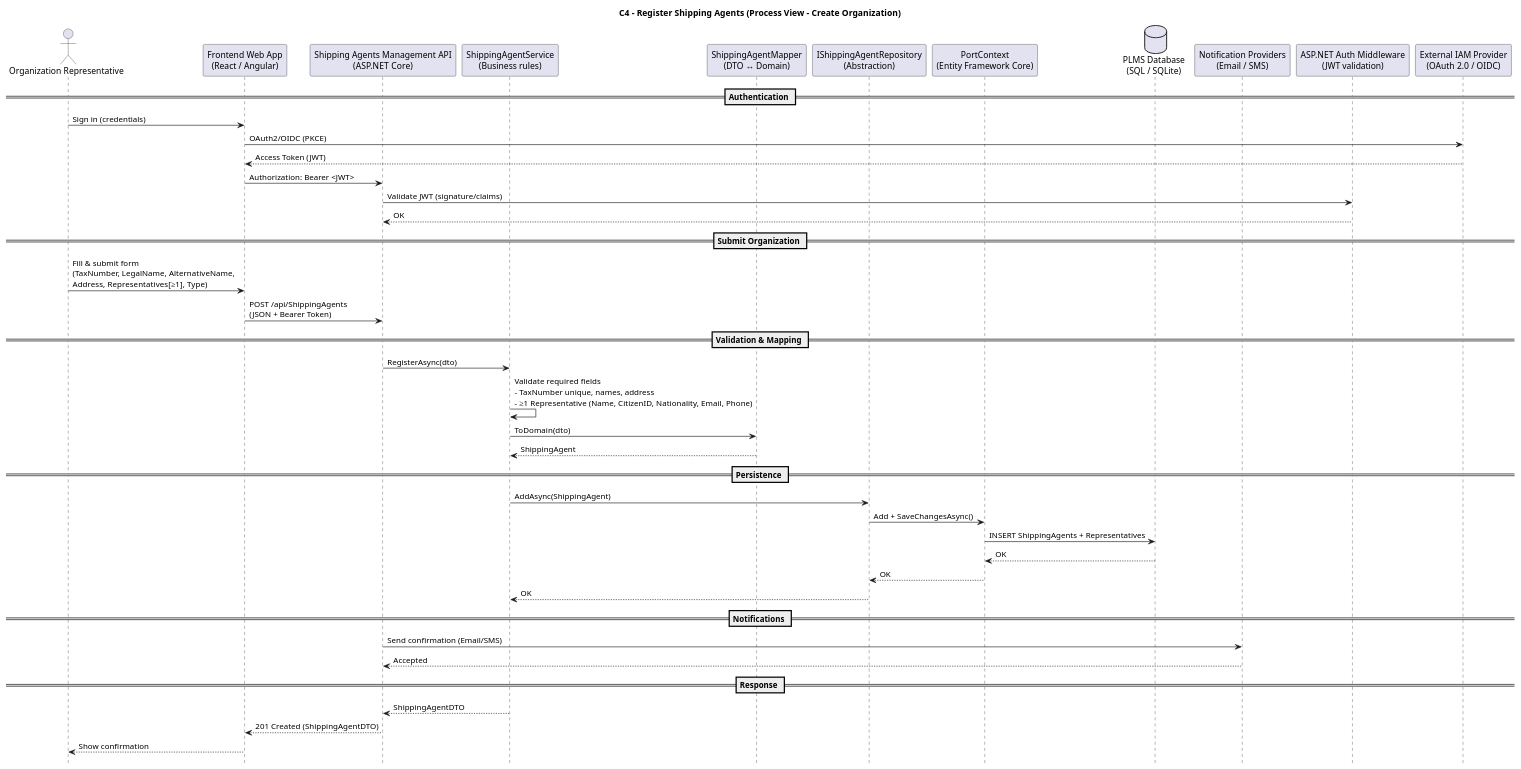
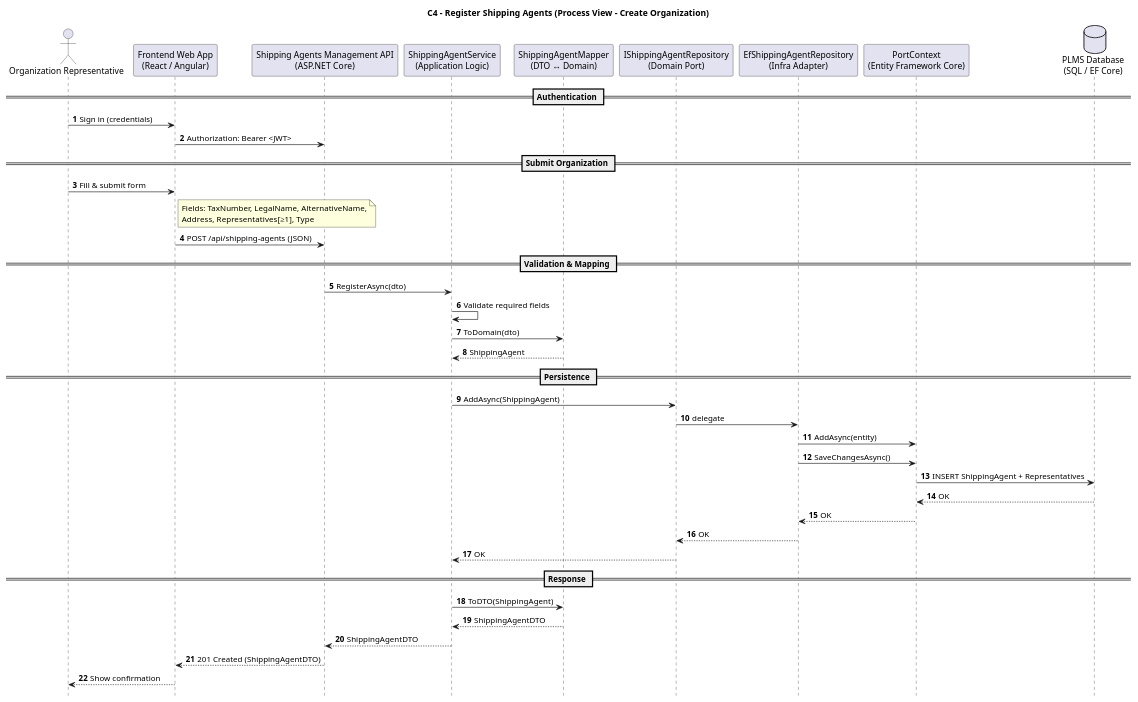
Before and after one commit to Departamento-de-Engenharia-Informatica/LEI-SEM5-PI-2025-26-3DM-03: the diagram in Docs/Sprint A/US 2.2.5/Modelo c4/C4_Processos.puml, drawn with PlantUML. The commit also changed 11 other files, not shown here.

```diff
--- a/Docs/Sprint A/US 2.2.5/Modelo c4/C4_Processos.puml
+++ b/Docs/Sprint A/US 2.2.5/Modelo c4/C4_Processos.puml
@@ -1,52 +1,51 @@
 @startuml C4_Register_Shipping_Agents_Process_View
 title C4 – Register Shipping Agents (Process View – Create Organization)
 hide footbox
+autonumber
 
 actor "Organization Representative" as Rep
 participant "Frontend Web App\n(React / Angular)" as Frontend
 participant "Shipping Agents Management API\n(ASP.NET Core)" as API
-participant "ShippingAgentService\n(Business rules)" as Service
+participant "ShippingAgentService\n(Application Logic)" as Service
 participant "ShippingAgentMapper\n(DTO ↔ Domain)" as Mapper
-participant "IShippingAgentRepository\n(Abstraction)" as Repo
+participant "IShippingAgentRepository\n(Domain Port)" as Repo
+participant "EfShippingAgentRepository\n(Infra Adapter)" as RepoImpl
 participant "PortContext\n(Entity Framework Core)" as Context
-database "PLMS Database\n(SQL / SQLite)" as DB
-participant "Notification Providers\n(Email / SMS)" as Notif
-participant "ASP.NET Auth Middleware\n(JWT validation)" as Auth
-participant "External IAM Provider\n(OAuth 2.0 / OIDC)" as IAM
+database "PLMS Database\n(SQL / EF Core)" as DB
 
 == Authentication ==
 Rep -> Frontend : Sign in (credentials)
-Frontend -> IAM : OAuth2/OIDC (PKCE)
-IAM --> Frontend : Access Token (JWT)
 Frontend -> API : Authorization: Bearer <JWT>
-API -> Auth : Validate JWT (signature/claims)
-Auth --> API : OK
 
 == Submit Organization ==
-Rep -> Frontend : Fill & submit form\n(TaxNumber, LegalName, AlternativeName,\nAddress, Representatives[≥1], Type)
-Frontend -> API : POST /api/ShippingAgents\n(JSON + Bearer Token)
+Rep -> Frontend : Fill & submit form
+note right of Frontend
+  Fields: TaxNumber, LegalName, AlternativeName,
+  Address, Representatives[≥1], Type
+end note
+Frontend -> API : POST /api/shipping-agents (JSON)
 
 == Validation & Mapping ==
 API -> Service : RegisterAsync(dto)
-Service -> Service : Validate required fields\n- TaxNumber unique, names, address\n- ≥1 Representative (Name, CitizenID, Nationality, Email, Phone)
+Service -> Service : Validate required fields
 Service -> Mapper : ToDomain(dto)
 Mapper --> Service : ShippingAgent
 
 == Persistence ==
 Service -> Repo : AddAsync(ShippingAgent)
-Repo -> Context : Add + SaveChangesAsync()
-Context -> DB : INSERT ShippingAgents + Representatives
+Repo -> RepoImpl : delegate
+RepoImpl -> Context : AddAsync(entity)
+RepoImpl -> Context : SaveChangesAsync()
+Context -> DB : INSERT ShippingAgent + Representatives
 DB --> Context : OK
-Context --> Repo : OK
+Context --> RepoImpl : OK
+RepoImpl --> Repo : OK
 Repo --> Service : OK
 
-== Notifications ==
-API -> Notif : Send confirmation (Email/SMS)
-Notif --> API : Accepted
-
 == Response ==
+Service -> Mapper : ToDTO(ShippingAgent)
+Mapper --> Service : ShippingAgentDTO
 Service --> API : ShippingAgentDTO
 API --> Frontend : 201 Created (ShippingAgentDTO)
 Frontend --> Rep : Show confirmation
-
 @enduml
```
